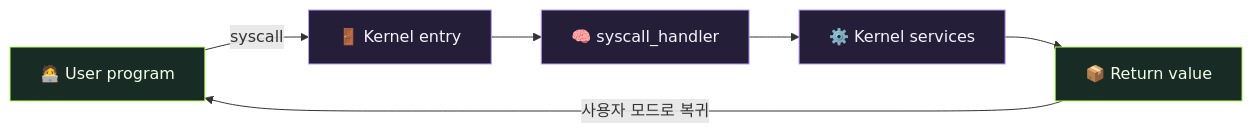
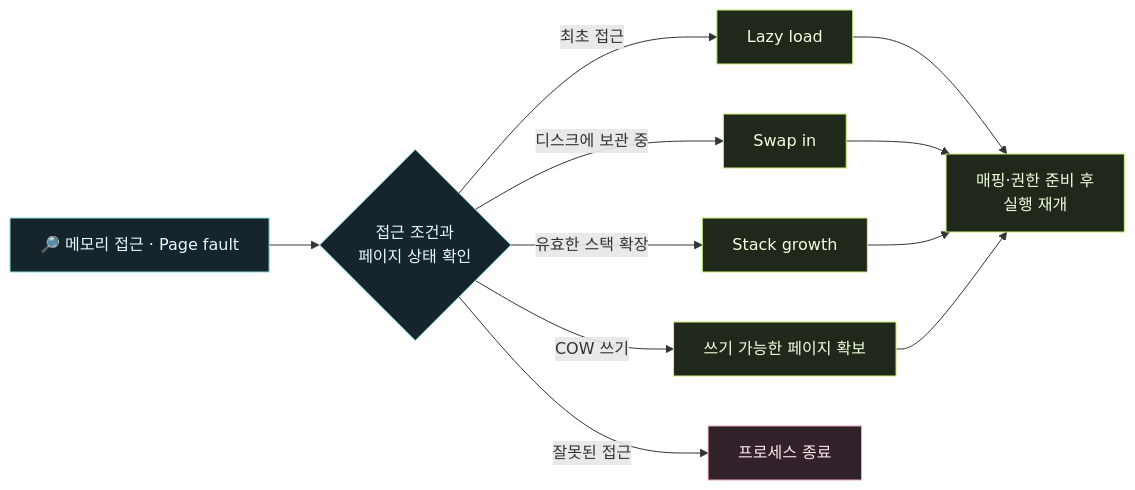
One commit to 9192o/week-9-10-vm-pintos changed the diagram in README.md. Above: the diagram before and after it, drawn with Mermaid. The commit also changed other lines of this file and 1 other file, not shown here.

````diff
--- a/README.md
+++ b/README.md
@@ -72,12 +93,19 @@
 ```mermaid
 flowchart LR
-    U["🧑‍💻 User program"] -->|"syscall"| E["🚪 Kernel entry"]
-    E --> H["🧠 syscall_handler"]
-    H --> K["⚙️ Kernel services"]
-    K --> R["📦 Return value"]
-    R -->|"사용자 모드로 복귀"| U
-    classDef user fill:#182b25,stroke:#b8ff5b,color:#f4ffe8
-    classDef kernel fill:#251e38,stroke:#b69aff,color:#f7f2ff
-    class U,R user
-    class E,H,K kernel
+    A["🔎 메모리 접근 · Page fault"] --> V{"접근 조건과<br/>페이지 상태 확인"}
+    V -->|"최초 접근"| L["Lazy load"]
+    V -->|"디스크에 보관 중"| S["Swap in"]
+    V -->|"유효한 스택 확장"| G["Stack growth"]
+    V -->|"COW 쓰기"| C["쓰기 가능한 페이지 확보"]
+    V -->|"잘못된 접근"| X["프로세스 종료"]
+    L --> R["매핑·권한 준비 후<br/>실행 재개"]
+    S --> R
+    G --> R
+    C --> R
+    classDef entry fill:#15252b,stroke:#8bdde7,color:#e7faff
+    classDef work fill:#20271b,stroke:#c5f277,color:#f1ffdf
+    classDef stop fill:#30212a,stroke:#eea6b7,color:#ffe9ef
+    class A,V entry
+    class L,S,G,C,R work
+    class X stop
 ```
````
